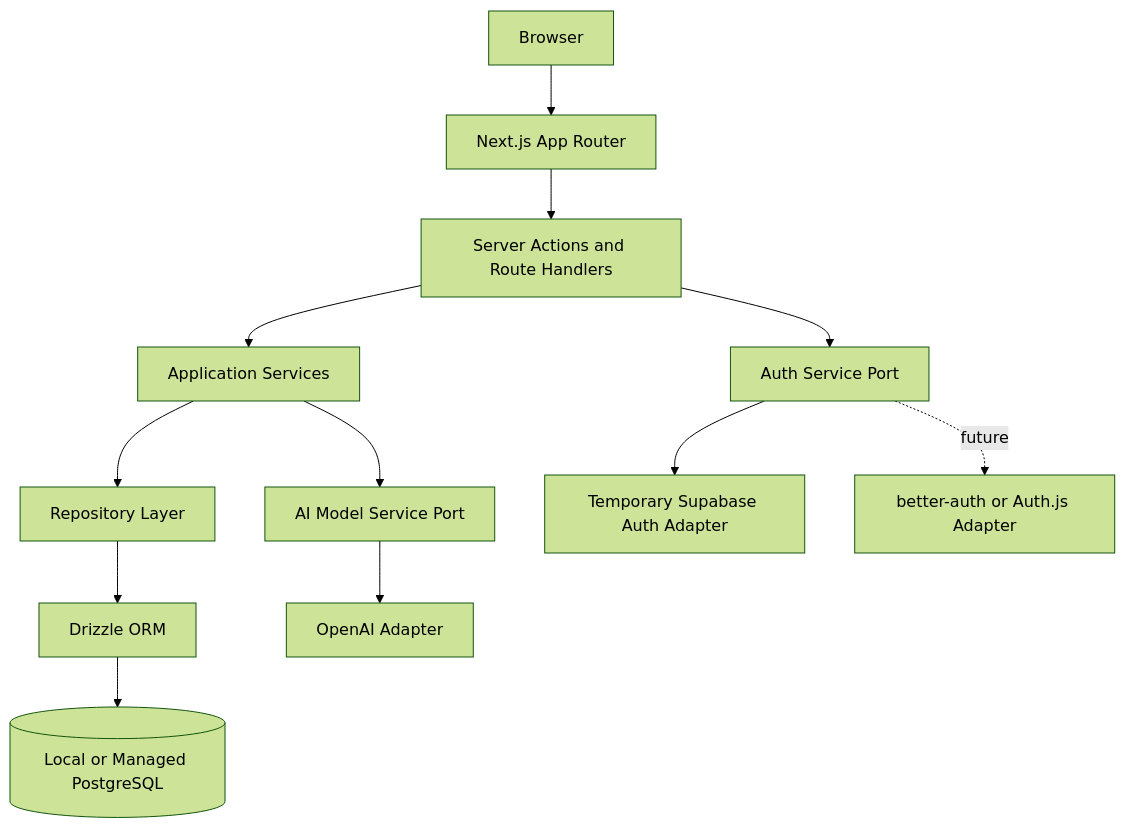
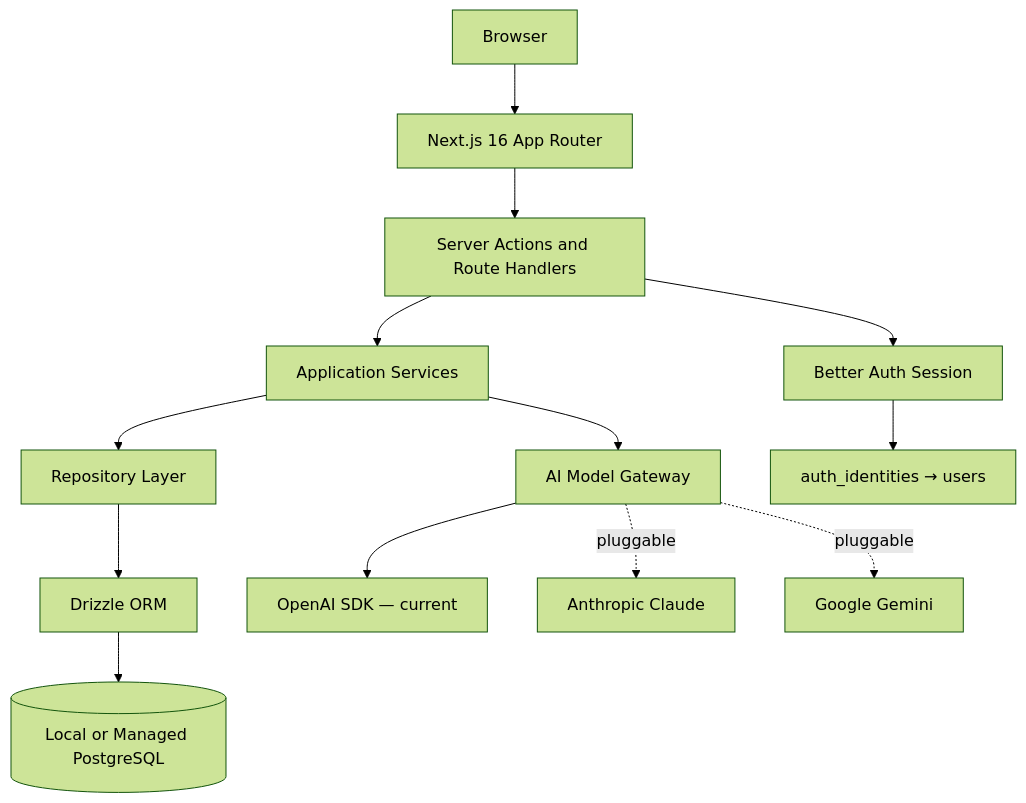
The diagram in docs/POSTGRES_FIRST_ARCHITECTURE.md (Mirzzie/Fadi), drawn with Mermaid (forest theme) before and after one commit. The commit also changed other lines of this file and 65 other files, not shown here.

First line of the commit message:
docs: update architecture docs for Better Auth, Kai, and data sources

````diff
--- a/docs/POSTGRES_FIRST_ARCHITECTURE.md
+++ b/docs/POSTGRES_FIRST_ARCHITECTURE.md
@@ -38,16 +17,17 @@
 ```mermaid
 flowchart TD
-    Browser[Browser] --> Next[Next.js App Router]
+    Browser[Browser] --> Next[Next.js 16 App Router]
     Next --> Actions[Server Actions and Route Handlers]
     Actions --> Services[Application Services]
     Services --> Repositories[Repository Layer]
     Repositories --> ORM[Drizzle ORM]
     ORM --> Postgres[(Local or Managed PostgreSQL)]
 
-    Actions --> AuthPort[Auth Service Port]
-    AuthPort --> SupabaseAuth[Temporary Supabase Auth Adapter]
-    AuthPort -. future .-> BetterAuth[better-auth or Auth.js Adapter]
+    Actions --> AuthPort[Better Auth Session]
+    AuthPort --> Identity[auth_identities → users]
 
-    Services --> AIModel[AI Model Service Port]
-    AIModel --> OpenAI[OpenAI Adapter]
+    Services --> AIGateway[AI Model Gateway]
+    AIGateway --> OpenAI[OpenAI SDK — current]
+    AIGateway -. pluggable .-> Claude[Anthropic Claude]
+    AIGateway -. pluggable .-> Gemini[Google Gemini]
 ```
````
